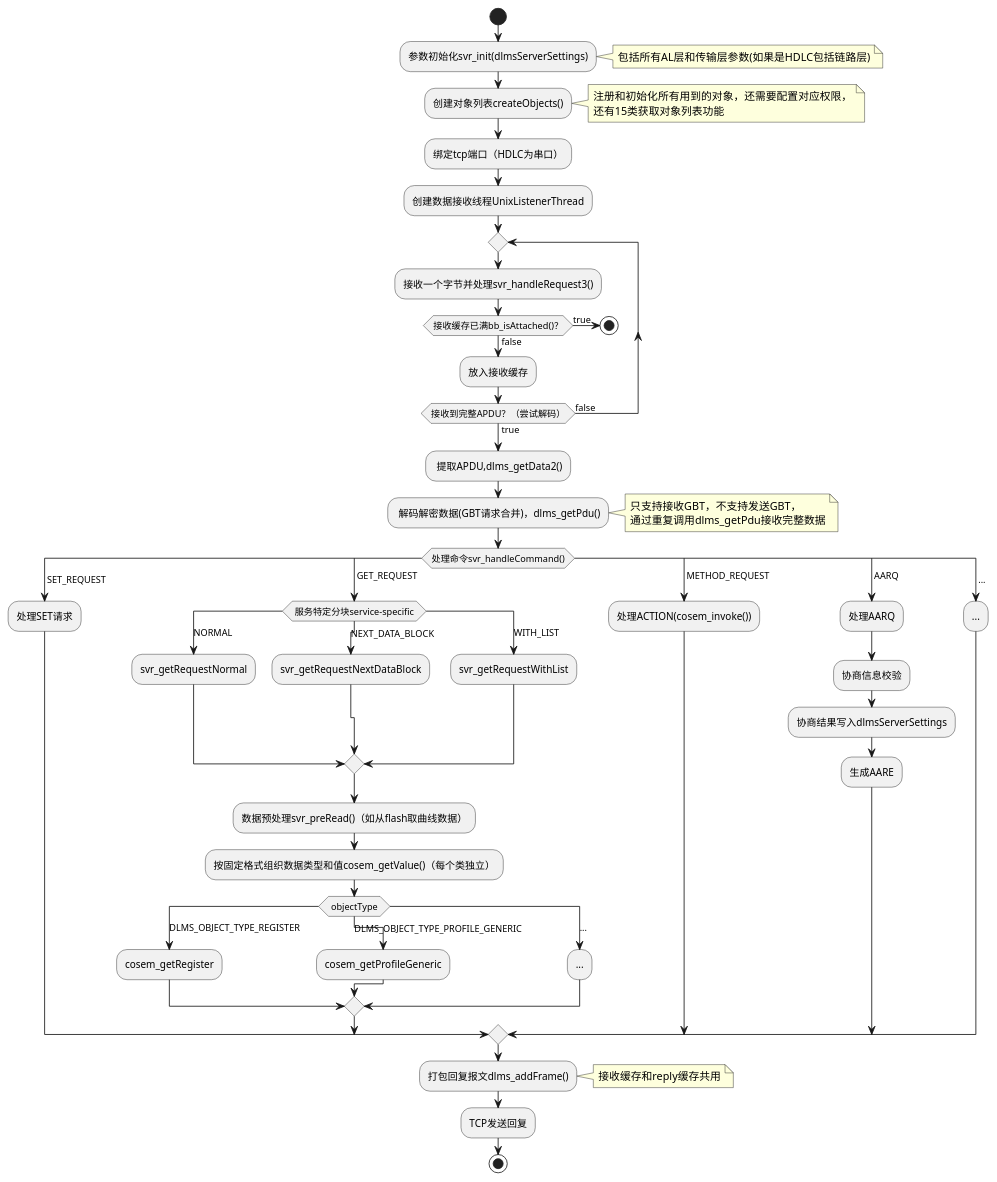
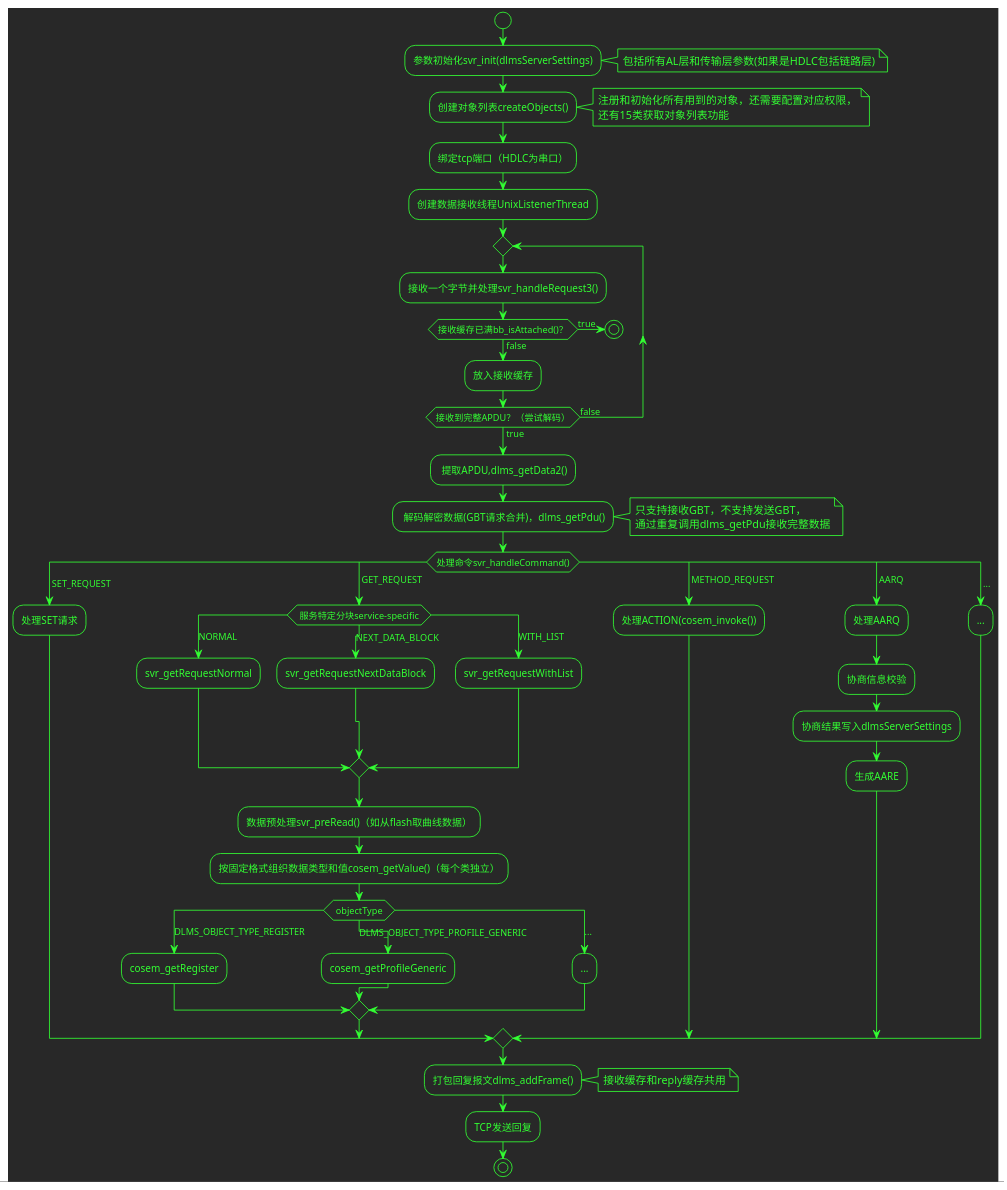
Before and after one commit to ProphetHJK/prophethjk.github.io: the diagram in assets/doc/2022-06-20-gurux-dlms-c/通信线程.puml, drawn with PlantUML. The commit also changed 6 other files, not shown here.

```diff
--- a/assets/doc/2022-06-20-gurux-dlms-c/通信线程.puml
+++ b/assets/doc/2022-06-20-gurux-dlms-c/通信线程.puml
@@ -1,66 +1,66 @@
 @startuml guruxdlms活动图
-
+!theme crt-green
 start
 :参数初始化svr_init(dlmsServerSettings);
 note right:包括所有AL层和传输层参数(如果是HDLC包括链路层)
 :创建对象列表createObjects();
 note right
 注册和初始化所有用到的对象，还需要配置对应权限，
 还有15类获取对象列表功能
 end note
 :绑定tcp端口（HDLC为串口）;
 :创建数据接收线程UnixListenerThread;
 repeat
   :接收一个字节并处理svr_handleRequest3();
   if (接收缓存已满bb_isAttached()？) then (true)
     stop
   else (false)
     :放入接收缓存;
   endif
 repeat while (接收到完整APDU？（尝试解码）) is (false) not (true)
 : 提取APDU,dlms_getData2();
 : 解码解密数据(GBT请求合并)，dlms_getPdu();
 note right
 只支持接收GBT，不支持发送GBT，
 通过重复调用dlms_getPdu接收完整数据
 end note
 switch (处理命令svr_handleCommand())
 case ( SET_REQUEST )
   :处理SET请求;
 case ( GET_REQUEST )
   switch ( 服务特定分块service-specific )
   case (NORMAL)
     :svr_getRequestNormal;
   case (NEXT_DATA_BLOCK)
     :svr_getRequestNextDataBlock;
   case (WITH_LIST)
     :svr_getRequestWithList;
   endswitch
   :数据预处理svr_preRead()（如从flash取曲线数据）;
   :按固定格式组织数据类型和值cosem_getValue()（每个类独立）;
   switch ( objectType )
   case (DLMS_OBJECT_TYPE_REGISTER)
     :cosem_getRegister;
   case (DLMS_OBJECT_TYPE_PROFILE_GENERIC)
     :cosem_getProfileGeneric;
   case (...)
     :...;
   endswitch
 case ( METHOD_REQUEST )
   :处理ACTION(cosem_invoke());
 case ( AARQ )
   :处理AARQ;
   :协商信息校验;
   :协商结果写入dlmsServerSettings;
   :生成AARE;
 case ( ... )
   :...;
 endswitch
 
 :打包回复报文dlms_addFrame();
 note right:接收缓存和reply缓存共用
 :TCP发送回复;
 
 stop
 
 @enduml
```
